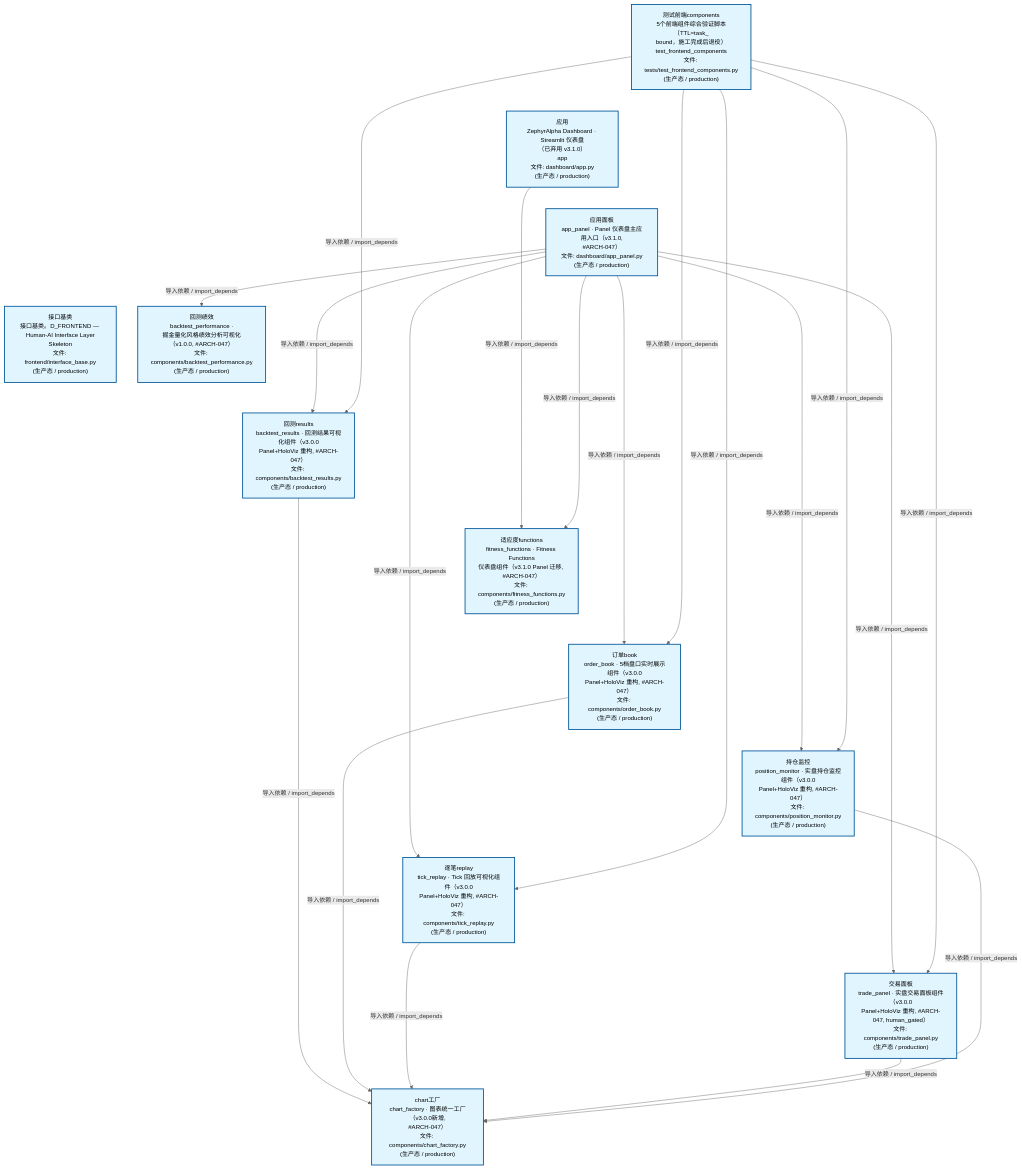
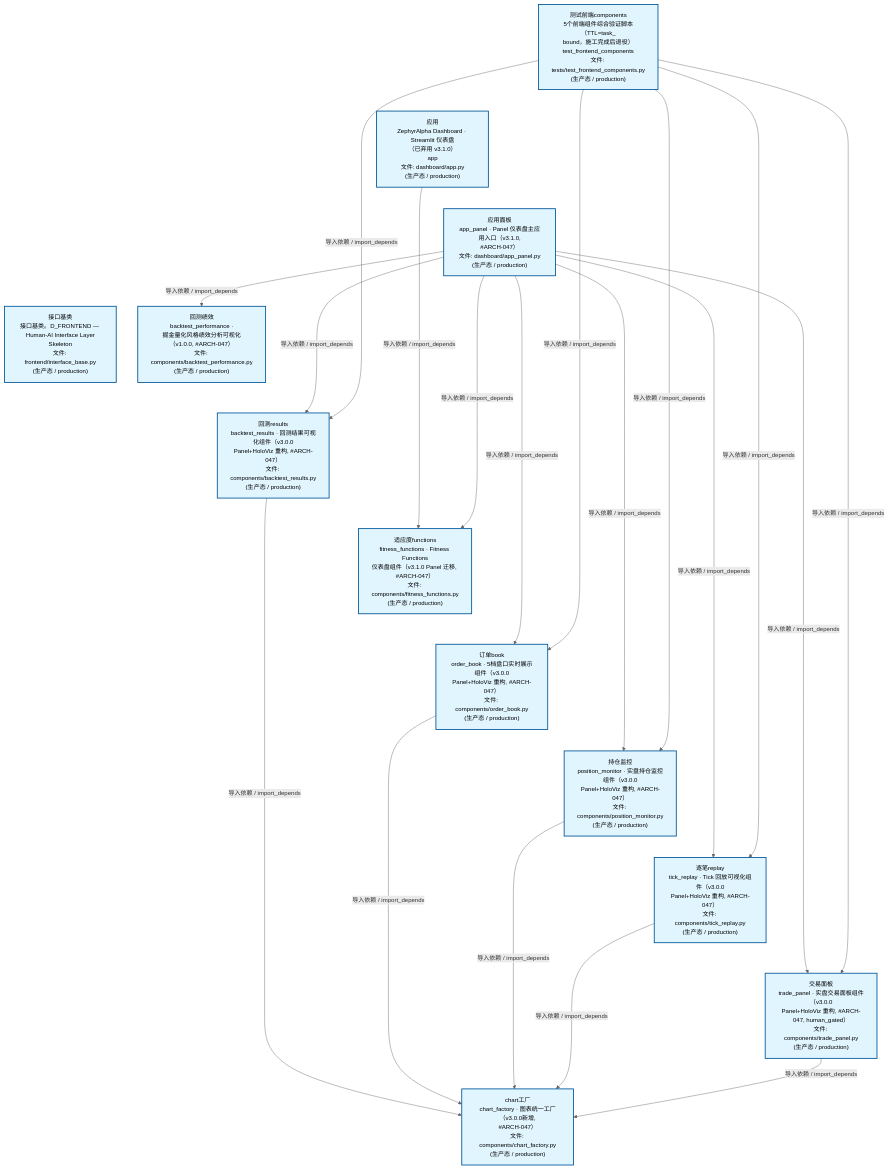
Before and after one commit to xuanFelixVan/ZephyrAlpha: the second of 4 diagrams in docs/02_enterprise_architecture/02_domain_architecture_docs/47_d_frontend.md, drawn with Mermaid. The commit also changed other lines of this file and 58 other files, not shown here.

````diff
--- a/docs/02_enterprise_architecture/02_domain_architecture_docs/47_d_frontend.md
+++ b/docs/02_enterprise_architecture/02_domain_architecture_docs/47_d_frontend.md
@@ -124,48 +124,48 @@
 ```mermaid
 %%{init: {'theme': 'base', 'themeVariables': {'primaryColor': '#eaeaea', 'primaryTextColor': '#333333', 'primaryBorderColor': '#666666', 'lineColor': '#666666', 'secondaryColor': '#eaeaea', 'tertiaryColor': '#eaeaea', 'fontSize': '14px'}}}%%
 flowchart TD
     scripts_tests_test_frontend_components_py["测试前端components<br/>5个前端组件综合验证脚本（TTL=task_<br/>bound，施工完成后退役）<br/>test_frontend_components<br/>文件: tests/test_frontend_components.py<br/>(生产态 / production)"]
     src_zephyr_frontend_dashboard_app_py["应用<br/>ZephyrAlpha Dashboard · Streamlit 仪表盘<br/>（已弃用 v3.1.0）<br/>app<br/>文件: dashboard/app.py<br/>(生产态 / production)"]
     src_zephyr_frontend_dashboard_app_panel_py["应用面板<br/>app_panel · Panel 仪表盘主应用入口（v3.1.0,<br/>#ARCH-047）<br/>文件: dashboard/app_panel.py<br/>(生产态 / production)"]
     src_zephyr_frontend_interface_base_py["接口基类<br/>接口基类。D_FRONTEND — Human-AI Interface Layer<br/>Skeleton<br/>文件: frontend/interface_base.py<br/>(生产态 / production)"]
     scripts_tests_test_frontend_components_py ~~~ src_zephyr_frontend_dashboard_app_py
     src_zephyr_frontend_dashboard_app_py ~~~ src_zephyr_frontend_dashboard_app_panel_py
     src_zephyr_frontend_dashboard_app_panel_py ~~~ src_zephyr_frontend_interface_base_py
     src_zephyr_frontend_dashboard_components_backtest_performance_py["回测绩效<br/>backtest_performance ·<br/>掘金量化风格绩效分析可视化（v1.0.0, #ARCH-047）<br/>文件: components/backtest_performance.py<br/>(生产态 / production)"]
     src_zephyr_frontend_dashboard_components_backtest_results_py["回测results<br/>backtest_results · 回测结果可视化组件（v3.0.0<br/>Panel+HoloViz 重构, #ARCH-047）<br/>文件: components/backtest_results.py<br/>(生产态 / production)"]
     src_zephyr_frontend_dashboard_components_fitness_functions_py["适应度functions<br/>fitness_functions · Fitness Functions<br/>仪表盘组件（v3.1.0 Panel 迁移, #ARCH-047）<br/>文件: components/fitness_functions.py<br/>(生产态 / production)"]
     src_zephyr_frontend_dashboard_components_order_book_py["订单book<br/>order_book · 5档盘口实时展示组件（v3.0.0<br/>Panel+HoloViz 重构, #ARCH-047）<br/>文件: components/order_book.py<br/>(生产态 / production)"]
     src_zephyr_frontend_dashboard_components_position_monitor_py["持仓监控<br/>position_monitor · 实盘持仓监控组件（v3.0.0<br/>Panel+HoloViz 重构, #ARCH-047）<br/>文件: components/position_monitor.py<br/>(生产态 / production)"]
     src_zephyr_frontend_dashboard_components_tick_replay_py["逐笔replay<br/>tick_replay · Tick 回放可视化组件（v3.0.0<br/>Panel+HoloViz 重构, #ARCH-047）<br/>文件: components/tick_replay.py<br/>(生产态 / production)"]
     src_zephyr_frontend_dashboard_components_trade_panel_py["交易面板<br/>trade_panel · 实盘交易面板组件（v3.0.0<br/>Panel+HoloViz 重构, #ARCH-047, human_gated）<br/>文件: components/trade_panel.py<br/>(生产态 / production)"]
     src_zephyr_frontend_dashboard_components_backtest_performance_py ~~~ src_zephyr_frontend_dashboard_components_backtest_results_py
     src_zephyr_frontend_dashboard_components_backtest_results_py ~~~ src_zephyr_frontend_dashboard_components_fitness_functions_py
     src_zephyr_frontend_dashboard_components_fitness_functions_py ~~~ src_zephyr_frontend_dashboard_components_order_book_py
     src_zephyr_frontend_dashboard_components_order_book_py ~~~ src_zephyr_frontend_dashboard_components_position_monitor_py
     src_zephyr_frontend_dashboard_components_position_monitor_py ~~~ src_zephyr_frontend_dashboard_components_tick_replay_py
     src_zephyr_frontend_dashboard_components_tick_replay_py ~~~ src_zephyr_frontend_dashboard_components_trade_panel_py
     src_zephyr_frontend_dashboard_components_chart_factory_py["chart工厂<br/>chart_factory · 图表统一工厂（v3.0.0新增,<br/>#ARCH-047）<br/>文件: components/chart_factory.py<br/>(生产态 / production)"]
     src_zephyr_frontend_dashboard_app_py -->|导入依赖 / import_depends| src_zephyr_frontend_dashboard_components_fitness_functions_py
+    src_zephyr_frontend_dashboard_app_panel_py -->|导入依赖 / import_depends| src_zephyr_frontend_dashboard_components_backtest_performance_py
     src_zephyr_frontend_dashboard_app_panel_py -->|导入依赖 / import_depends| src_zephyr_frontend_dashboard_components_backtest_results_py
+    src_zephyr_frontend_dashboard_app_panel_py -->|导入依赖 / import_depends| src_zephyr_frontend_dashboard_components_order_book_py
+    src_zephyr_frontend_dashboard_app_panel_py -->|导入依赖 / import_depends| src_zephyr_frontend_dashboard_components_position_monitor_py
     src_zephyr_frontend_dashboard_app_panel_py -->|导入依赖 / import_depends| src_zephyr_frontend_dashboard_components_fitness_functions_py
-    src_zephyr_frontend_dashboard_app_panel_py -->|导入依赖 / import_depends| src_zephyr_frontend_dashboard_components_backtest_performance_py
-    src_zephyr_frontend_dashboard_app_panel_py -->|导入依赖 / import_depends| src_zephyr_frontend_dashboard_components_order_book_py
     src_zephyr_frontend_dashboard_app_panel_py -->|导入依赖 / import_depends| src_zephyr_frontend_dashboard_components_tick_replay_py
     src_zephyr_frontend_dashboard_app_panel_py -->|导入依赖 / import_depends| src_zephyr_frontend_dashboard_components_trade_panel_py
-    src_zephyr_frontend_dashboard_app_panel_py -->|导入依赖 / import_depends| src_zephyr_frontend_dashboard_components_position_monitor_py
     src_zephyr_frontend_dashboard_components_backtest_results_py -->|导入依赖 / import_depends| src_zephyr_frontend_dashboard_components_chart_factory_py
     src_zephyr_frontend_dashboard_components_order_book_py -->|导入依赖 / import_depends| src_zephyr_frontend_dashboard_components_chart_factory_py
+    src_zephyr_frontend_dashboard_components_position_monitor_py -->|导入依赖 / import_depends| src_zephyr_frontend_dashboard_components_chart_factory_py
     src_zephyr_frontend_dashboard_components_tick_replay_py -->|导入依赖 / import_depends| src_zephyr_frontend_dashboard_components_chart_factory_py
     src_zephyr_frontend_dashboard_components_trade_panel_py -->|导入依赖 / import_depends| src_zephyr_frontend_dashboard_components_chart_factory_py
-    src_zephyr_frontend_dashboard_components_position_monitor_py -->|导入依赖 / import_depends| src_zephyr_frontend_dashboard_components_chart_factory_py
     scripts_tests_test_frontend_components_py -->|导入依赖 / import_depends| src_zephyr_frontend_dashboard_components_backtest_results_py
     scripts_tests_test_frontend_components_py -->|导入依赖 / import_depends| src_zephyr_frontend_dashboard_components_order_book_py
+    scripts_tests_test_frontend_components_py -->|导入依赖 / import_depends| src_zephyr_frontend_dashboard_components_position_monitor_py
     scripts_tests_test_frontend_components_py -->|导入依赖 / import_depends| src_zephyr_frontend_dashboard_components_tick_replay_py
     scripts_tests_test_frontend_components_py -->|导入依赖 / import_depends| src_zephyr_frontend_dashboard_components_trade_panel_py
-    scripts_tests_test_frontend_components_py -->|导入依赖 / import_depends| src_zephyr_frontend_dashboard_components_position_monitor_py
     classDef production fill:#e1f5fe,stroke:#01579b,stroke-width:2px,color:#000
     classDef design fill:#fff3e0,stroke:#e65100,stroke-width:2px,color:#000,stroke-dasharray: 5 5
     classDef external_prod fill:#e8f4fd,stroke:#0277bd,stroke-width:1px,color:#000
     classDef external_design fill:#fff8e7,stroke:#ef6c00,stroke-width:1px,color:#000,stroke-dasharray: 5 5
     class scripts_tests_test_frontend_components_py,src_zephyr_frontend_dashboard_app_py,src_zephyr_frontend_dashboard_app_panel_py,src_zephyr_frontend_dashboard_components_backtest_performance_py,src_zephyr_frontend_dashboard_components_backtest_results_py,src_zephyr_frontend_dashboard_components_chart_factory_py,src_zephyr_frontend_dashboard_components_fitness_functions_py,src_zephyr_frontend_dashboard_components_order_book_py,src_zephyr_frontend_dashboard_components_position_monitor_py,src_zephyr_frontend_dashboard_components_tick_replay_py,src_zephyr_frontend_dashboard_components_trade_panel_py,src_zephyr_frontend_interface_base_py production
 ```
````
